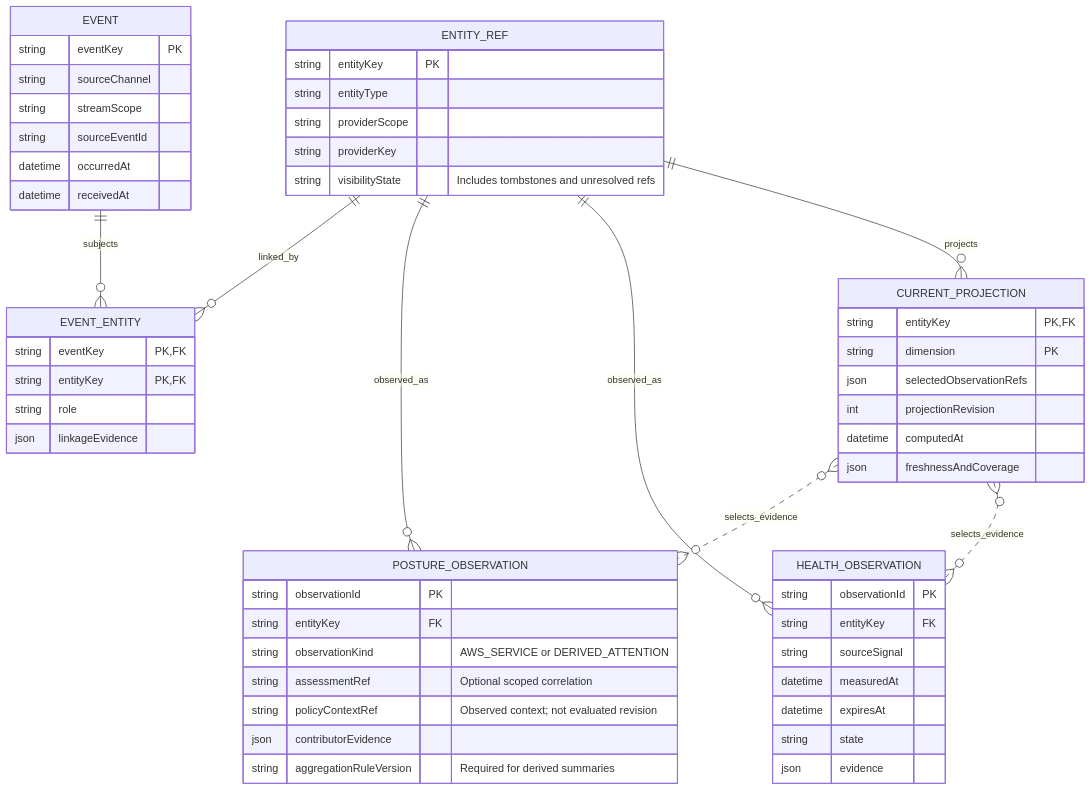
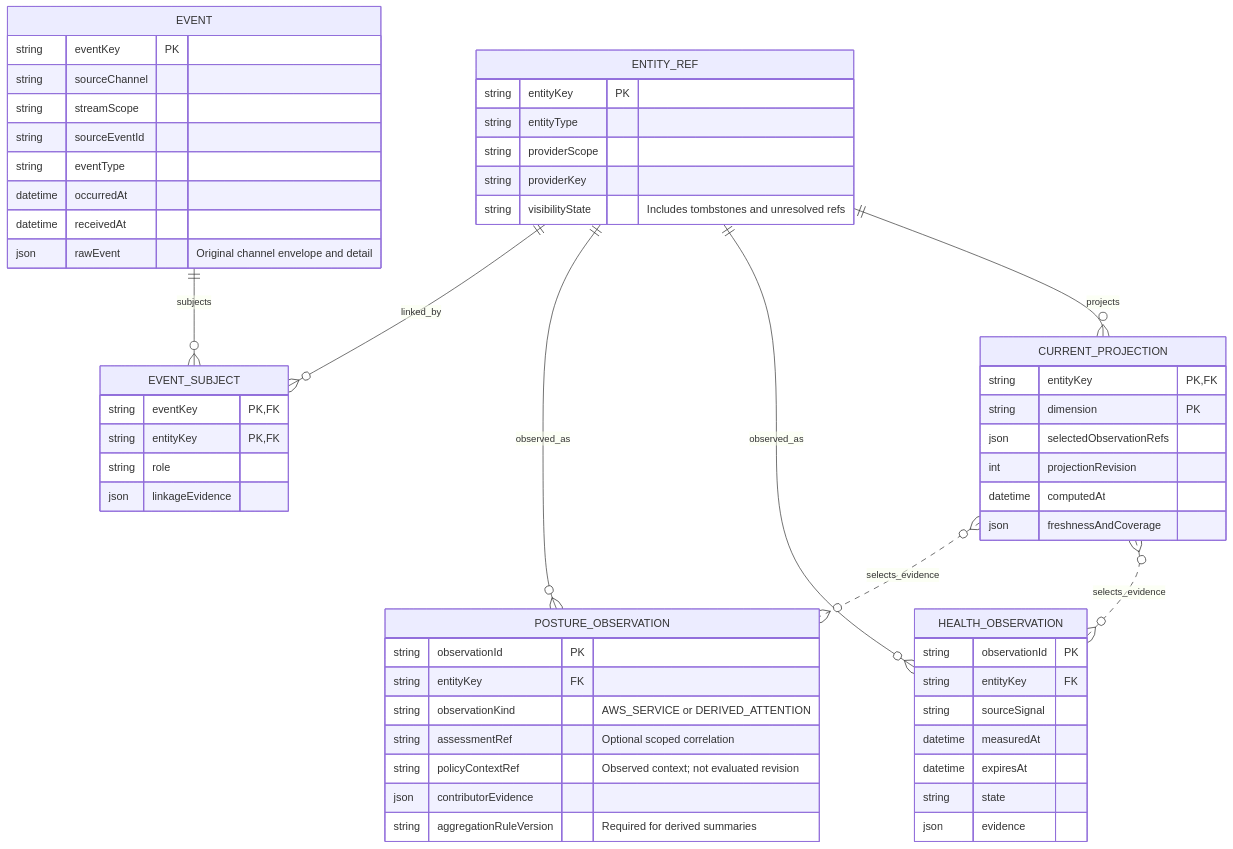
The diagram in aws/resilience-hub/analysis/diagrams/05-events-observations.md (lyrel-dev/frontier-agents), drawn with Mermaid before and after one commit. The commit also changed other lines of this file and 77 other files, not shown here.

````diff
--- a/aws/resilience-hub/analysis/diagrams/05-events-observations.md
+++ b/aws/resilience-hub/analysis/diagrams/05-events-observations.md
@@ -30,62 +31,64 @@
 ```mermaid
 %% Reviewed 2026-11-05. Proposed local temporal model; official context S32-S44.
 %% Event uniqueness includes source channel, stream scope and provider event ID.
 %% Native service posture and derived aggregate summaries have different kinds.
 %% Projection computedAt is distinct from evidence observation timestamps.
 erDiagram
     direction TB
     ENTITY_REF {
         string entityKey PK
         string entityType
         string providerScope
         string providerKey
         string visibilityState "Includes tombstones and unresolved refs"
     }
-    EVENT_ENTITY {
+    EVENT_SUBJECT {
         string eventKey PK, FK
         string entityKey PK, FK
         string role
         json linkageEvidence
     }
     EVENT {
         string eventKey PK
         string sourceChannel
         string streamScope
         string sourceEventId
+        string eventType
         datetime occurredAt
         datetime receivedAt
+        json rawEvent "Original channel envelope and detail"
     }
     POSTURE_OBSERVATION {
         string observationId PK
         string entityKey FK
         string observationKind "AWS_SERVICE or DERIVED_ATTENTION"
         string assessmentRef "Optional scoped correlation"
         string policyContextRef "Observed context; not evaluated revision"
         json contributorEvidence
         string aggregationRuleVersion "Required for derived summaries"
     }
     HEALTH_OBSERVATION {
         string observationId PK
         string entityKey FK
         string sourceSignal
         datetime measuredAt
         datetime expiresAt
         string state
         json evidence
     }
     CURRENT_PROJECTION {
         string entityKey PK, FK
         string dimension PK
         json selectedObservationRefs
         int projectionRevision
         datetime computedAt
         json freshnessAndCoverage
     }
-    ENTITY_REF ||--o{ EVENT_ENTITY : linked_by
-    EVENT ||--o{ EVENT_ENTITY : subjects
+    ENTITY_REF ||--o{ EVENT_SUBJECT : linked_by
+    EVENT ||--o{ EVENT_SUBJECT : subjects
     ENTITY_REF ||--o{ POSTURE_OBSERVATION : observed_as
     ENTITY_REF ||--o{ HEALTH_OBSERVATION : observed_as
     ENTITY_REF ||--o{ CURRENT_PROJECTION : projects
     CURRENT_PROJECTION }o..o{ POSTURE_OBSERVATION : selects_evidence
     CURRENT_PROJECTION }o..o{ HEALTH_OBSERVATION : selects_evidence
 ```
````
